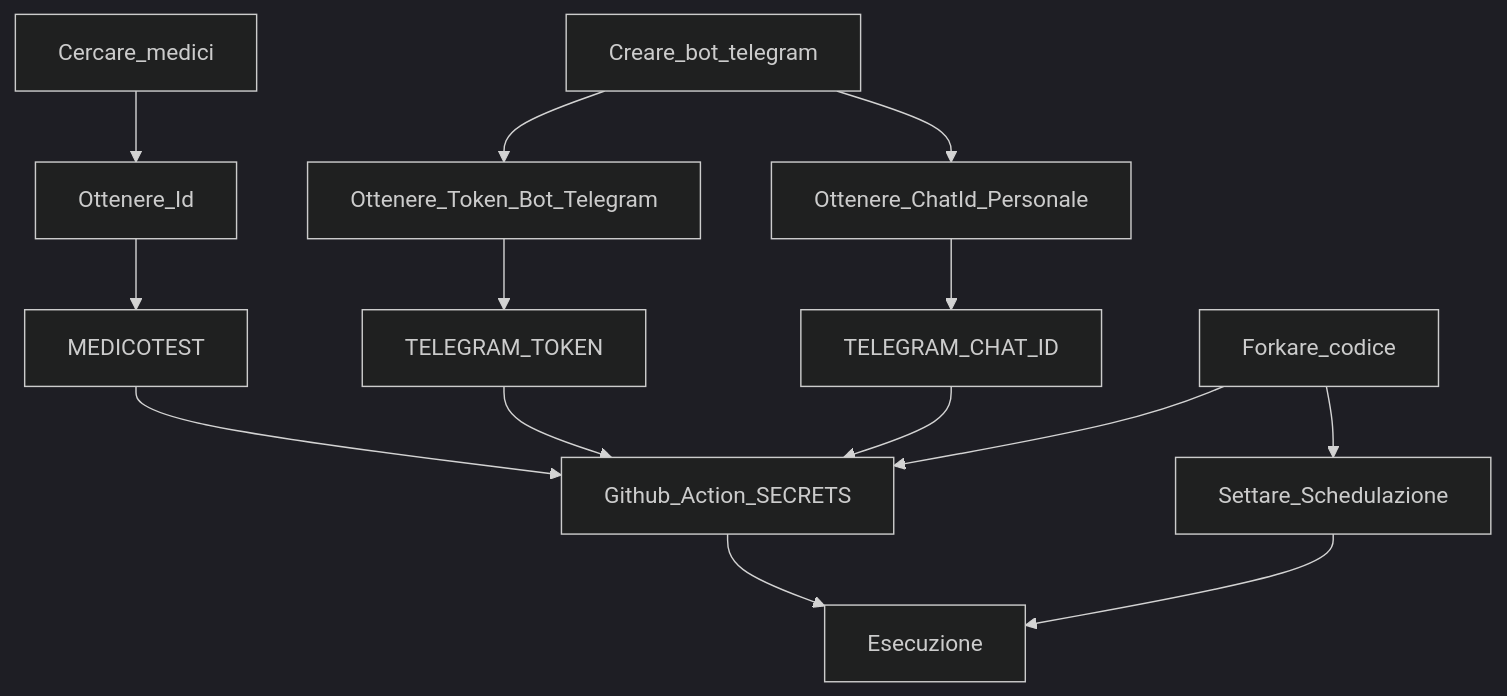
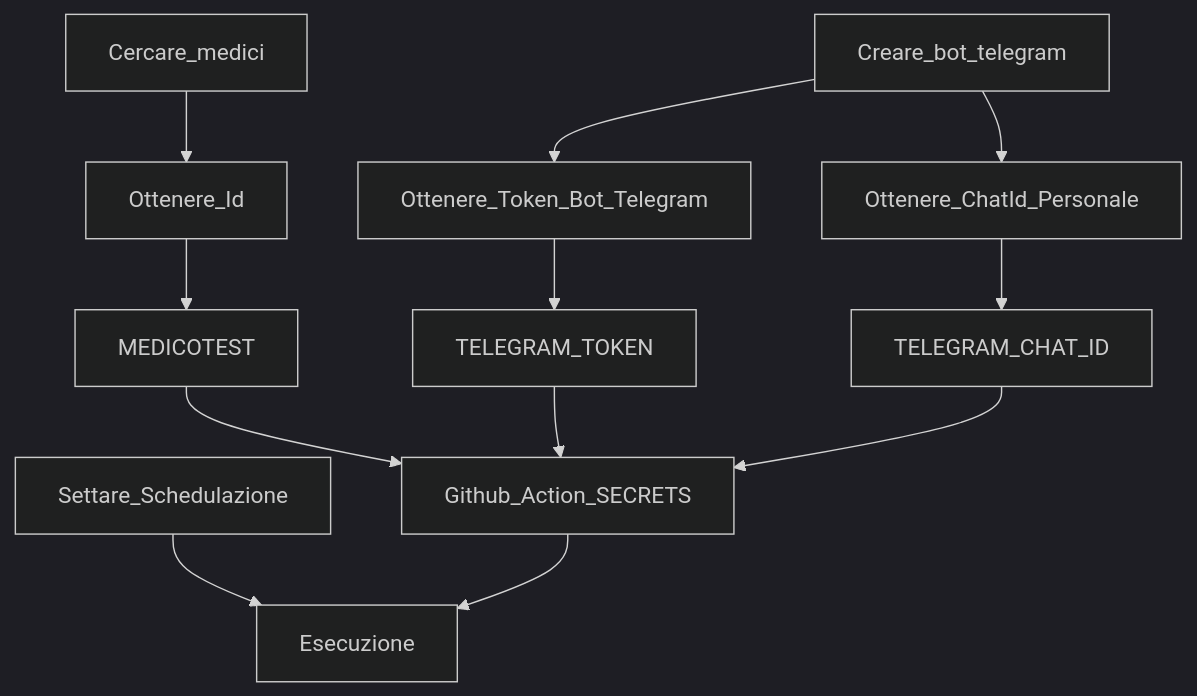
Before and after one commit to GiacomoGeko/Disponibilita-medico-di-base_ULSS_Veneto: the diagram in README.md, drawn with Mermaid (dark theme). The commit also changed other lines of this file, not shown here.

Commit message:
Aggiornato README.md

````diff
--- a/README.md
+++ b/README.md
@@ -17,17 +17,14 @@
 ``` mermaid
 graph TD
 
 Cercare_medici --> Ottenere_Id --> MEDICOTEST
 Creare_bot_telegram --> Ottenere_Token_Bot_Telegram --> TELEGRAM_TOKEN
 Creare_bot_telegram --> Ottenere_ChatId_Personale --> TELEGRAM_CHAT_ID
 
 MEDICOTEST --> Github_Action_SECRETS
 TELEGRAM_TOKEN --> Github_Action_SECRETS
 TELEGRAM_CHAT_ID --> Github_Action_SECRETS
 
-Forkare_codice --> Github_Action_SECRETS
-Forkare_codice --> Settare_Schedulazione
-
 Settare_Schedulazione --> Esecuzione
 Github_Action_SECRETS --> Esecuzione
 ```
````
